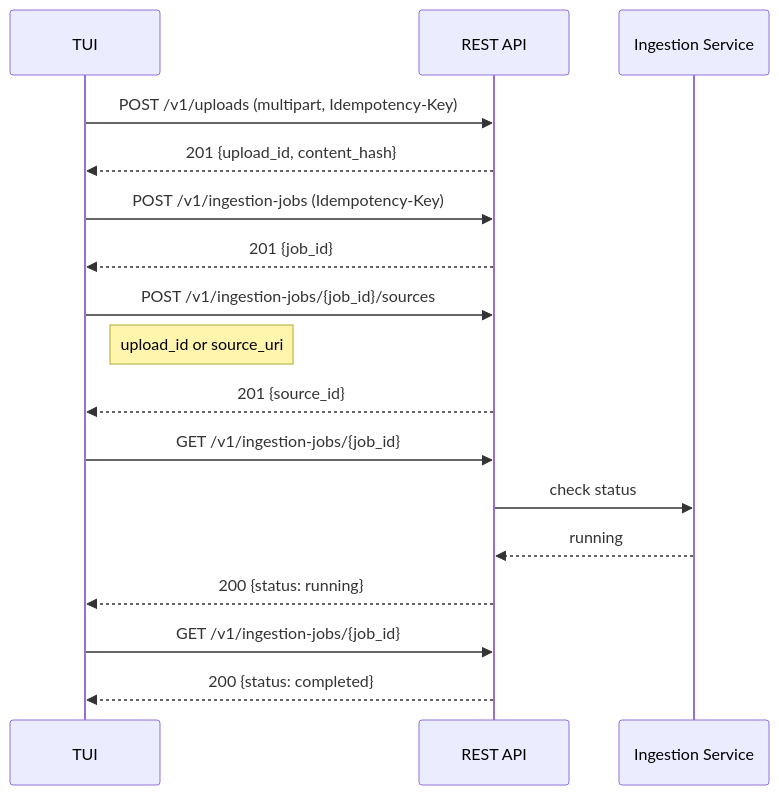
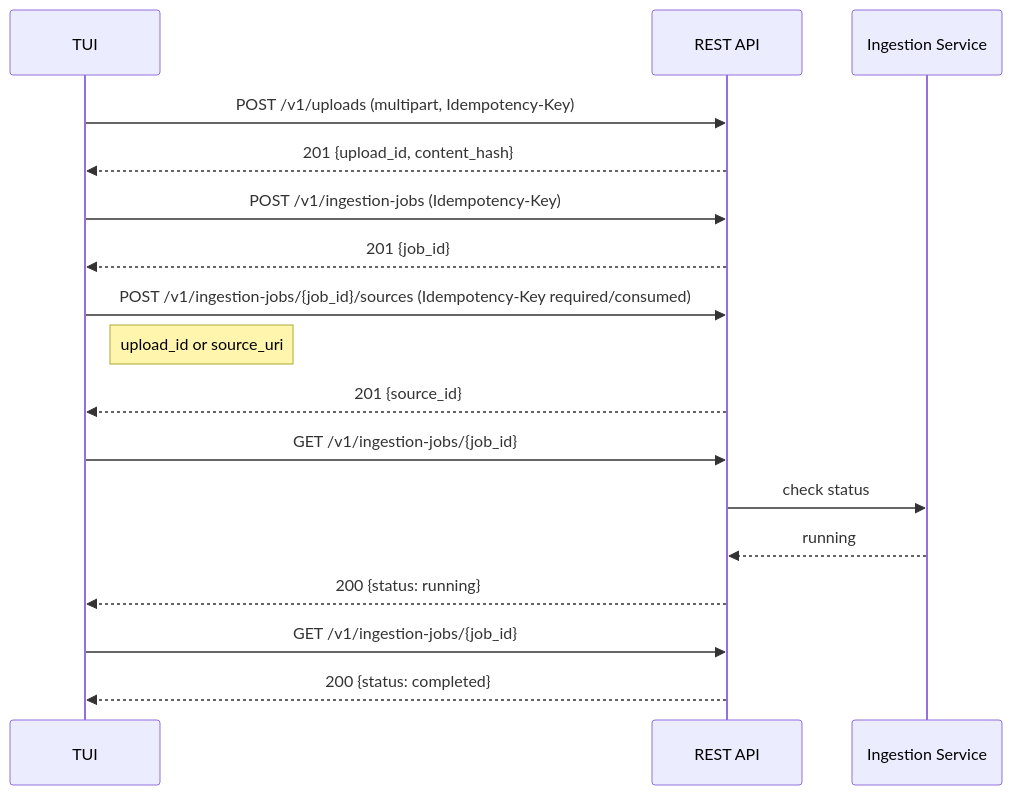
One commit to leynos/episodic changed the third of 8 diagrams in docs/episodic-tui-api-design.md. Above: the diagram before and after it, drawn with Mermaid. The commit also changed other lines of this file and 4 other files, not shown here.

````diff
--- a/docs/episodic-tui-api-design.md
+++ b/docs/episodic-tui-api-design.md
@@ -725,20 +725,20 @@
 ```mermaid
 sequenceDiagram
     participant TUI
     participant REST as REST API
     participant Ingestion as Ingestion Service
 
     TUI->>REST: POST /v1/uploads (multipart, Idempotency-Key)
     REST-->>TUI: 201 {upload_id, content_hash}
     TUI->>REST: POST /v1/ingestion-jobs (Idempotency-Key)
     REST-->>TUI: 201 {job_id}
-    TUI->>REST: POST /v1/ingestion-jobs/{job_id}/sources
+    TUI->>REST: POST /v1/ingestion-jobs/{job_id}/sources (Idempotency-Key required/consumed)
     Note right of TUI: upload_id or source_uri
     REST-->>TUI: 201 {source_id}
     TUI->>REST: GET /v1/ingestion-jobs/{job_id}
     REST->>Ingestion: check status
     Ingestion-->>REST: running
     REST-->>TUI: 200 {status: running}
     TUI->>REST: GET /v1/ingestion-jobs/{job_id}
     REST-->>TUI: 200 {status: completed}
 ```
````
